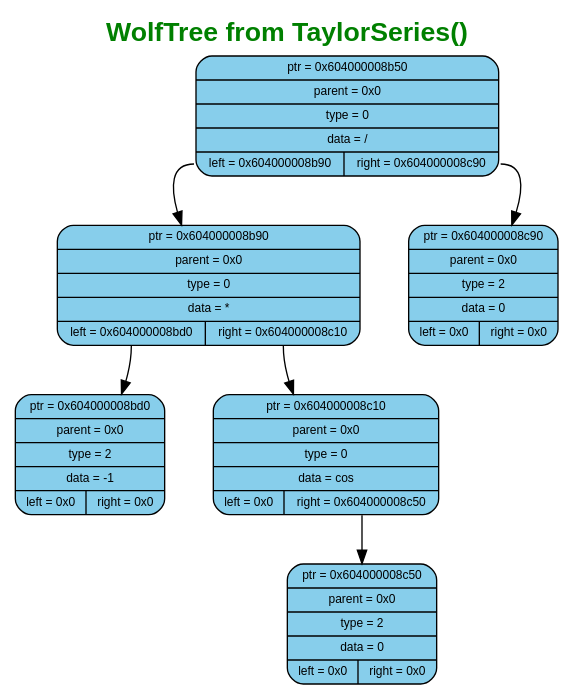
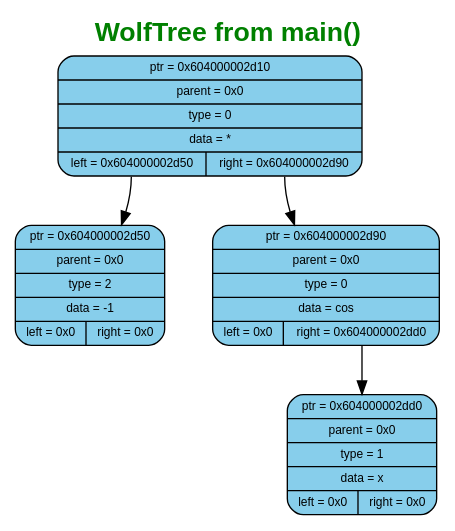
Before and after one commit to murugov/WolframSigma: the diagram in WOLFRAM_SIGMA/ReportFiles/graphs/graph2/wolf.dot, drawn with Graphviz. The commit also changed 33 other files, not shown here.

```diff
--- a/WOLFRAM_SIGMA/ReportFiles/graphs/graph2/wolf.dot
+++ b/WOLFRAM_SIGMA/ReportFiles/graphs/graph2/wolf.dot
@@ -1,25 +1,21 @@
 digraph G {
-	label=<<B>WolfTree from TaylorSeries()</B>>;
+	label=<<B>WolfTree from main()</B>>;
 	fontcolor="#008000";
 	fontname="Arial";
 	labelloc="top";
 	labeljust="center";
 	fontsize=20;
 	rankdir=TB;
 	center=true;
 	nodesep=0.5;
 	ranksep=0.5;
 	node[fontsize=9, shape=box, width=0.7, height=0.4, style="filled, rounded", fontname="Arial"];
 
-	n0 [shape=record, label="{ptr = 0x604000008b50 | parent = 0x0 | type = 0 | data = / | {<left> left = 0x604000008b90 | <right> right = 0x604000008c90}}", fillcolor="#87CEEB", color="black"]
-	n1 [shape=record, label="{ptr = 0x604000008b90 | parent = 0x0 | type = 0 | data = * | {<left> left = 0x604000008bd0 | <right> right = 0x604000008c10}}", fillcolor="#87CEEB", color="black"]
+	n0 [shape=record, label="{ptr = 0x604000002d10 | parent = 0x0 | type = 0 | data = * | {<left> left = 0x604000002d50 | <right> right = 0x604000002d90}}", fillcolor="#87CEEB", color="black"]
+	n1 [shape=record, label="{ptr = 0x604000002d50 | parent = 0x0 | type = 2 | data = -1 | {<left> left = 0x0 | <right> right = 0x0}}", fillcolor="#87CEEB", color="black"]
 	n0:left -> n1
-	n2 [shape=record, label="{ptr = 0x604000008c90 | parent = 0x0 | type = 2 | data = 0 | {<left> left = 0x0 | <right> right = 0x0}}", fillcolor="#87CEEB", color="black"]
+	n2 [shape=record, label="{ptr = 0x604000002d90 | parent = 0x0 | type = 0 | data = cos | {<left> left = 0x0 | <right> right = 0x604000002dd0}}", fillcolor="#87CEEB", color="black"]
 	n0:right -> n2
-	n3 [shape=record, label="{ptr = 0x604000008bd0 | parent = 0x0 | type = 2 | data = -1 | {<left> left = 0x0 | <right> right = 0x0}}", fillcolor="#87CEEB", color="black"]
-	n1:left -> n3
-	n4 [shape=record, label="{ptr = 0x604000008c10 | parent = 0x0 | type = 0 | data = cos | {<left> left = 0x0 | <right> right = 0x604000008c50}}", fillcolor="#87CEEB", color="black"]
-	n1:right -> n4
-	n5 [shape=record, label="{ptr = 0x604000008c50 | parent = 0x0 | type = 2 | data = 0 | {<left> left = 0x0 | <right> right = 0x0}}", fillcolor="#87CEEB", color="black"]
-	n4:right -> n5
+	n3 [shape=record, label="{ptr = 0x604000002dd0 | parent = 0x0 | type = 1 | data = x | {<left> left = 0x0 | <right> right = 0x0}}", fillcolor="#87CEEB", color="black"]
+	n2:right -> n3
 }
```
